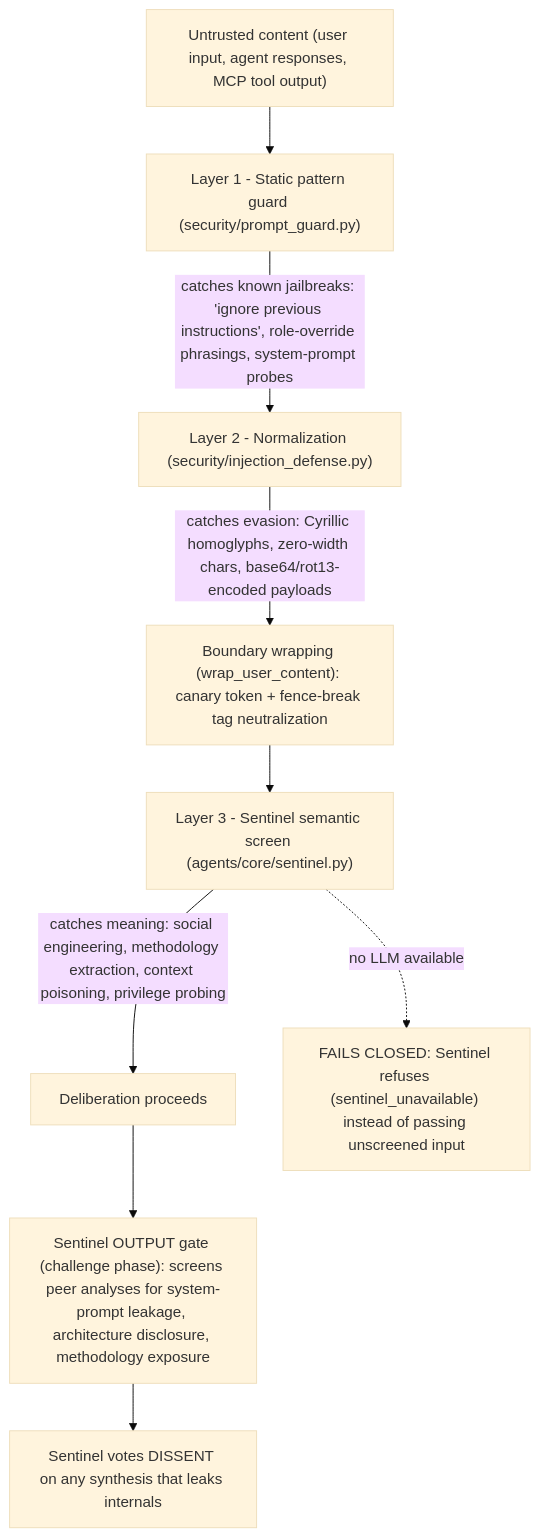
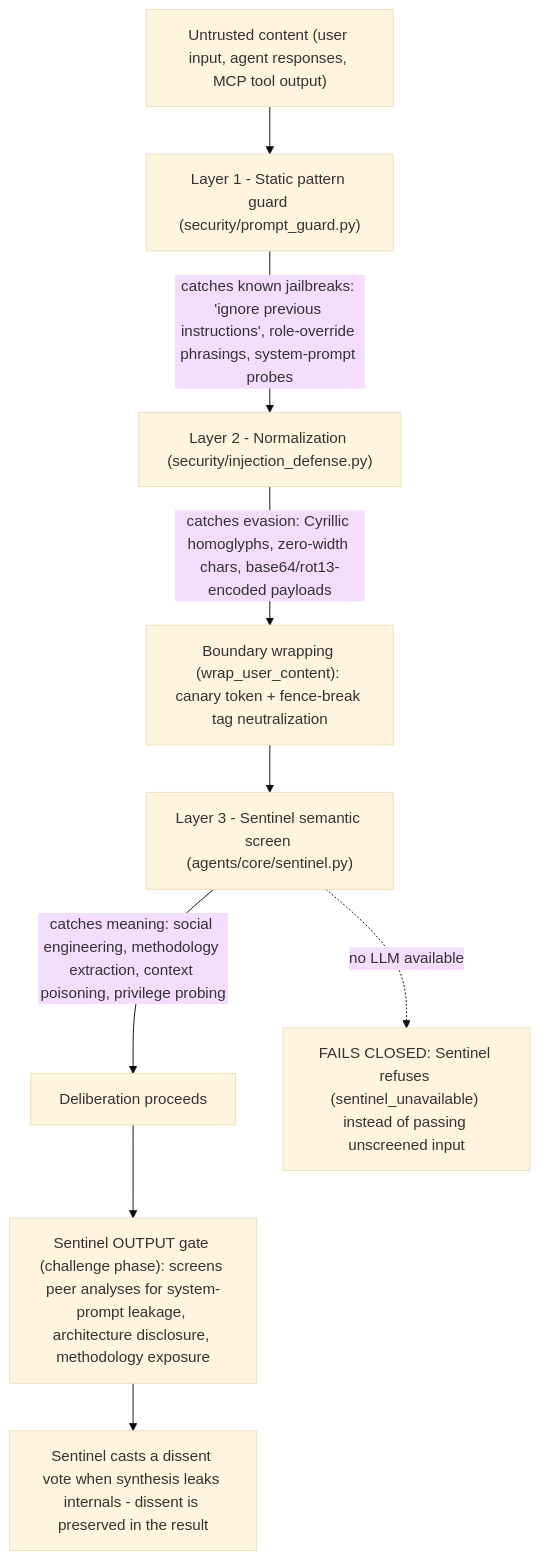
The second of 3 diagrams in docs/SECURITY_MODEL.md (KangaKode/aiscaffold), drawn with Mermaid (base theme) before and after one commit. The commit also changed other lines of this file and 9 other files, not shown here.

````diff
--- a/docs/SECURITY_MODEL.md
+++ b/docs/SECURITY_MODEL.md
@@ -35,11 +33,11 @@
 ```mermaid
 flowchart TD
     Input["Untrusted content (user input, agent responses, MCP tool output)"] --> L1["Layer 1 - Static pattern guard (security/prompt_guard.py)"]
     L1 -->|"catches known jailbreaks: 'ignore previous instructions', role-override phrasings, system-prompt probes"| L2["Layer 2 - Normalization (security/injection_defense.py)"]
     L2 -->|"catches evasion: Cyrillic homoglyphs, zero-width chars, base64/rot13-encoded payloads"| Wrap["Boundary wrapping (wrap_user_content): canary token + fence-break tag neutralization"]
     Wrap --> L3["Layer 3 - Sentinel semantic screen (agents/core/sentinel.py)"]
     L3 -->|"catches meaning: social engineering, methodology extraction, context poisoning, privilege probing"| Delib["Deliberation proceeds"]
     L3 -.->|"no LLM available"| Closed["FAILS CLOSED: Sentinel refuses (sentinel_unavailable) instead of passing unscreened input"]
     Delib --> OutGate["Sentinel OUTPUT gate (challenge phase): screens peer analyses for system-prompt leakage, architecture disclosure, methodology exposure"]
-    OutGate --> Vote["Sentinel votes DISSENT on any synthesis that leaks internals"]
+    OutGate --> Vote["Sentinel casts a dissent vote when synthesis leaks internals - dissent is preserved in the result"]
 ```
````
